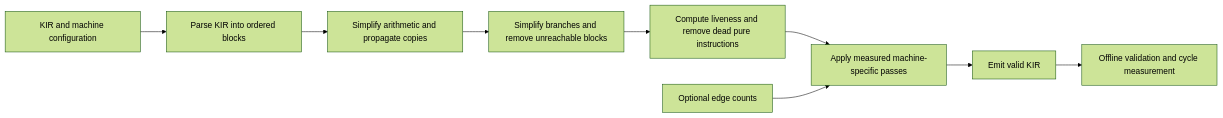
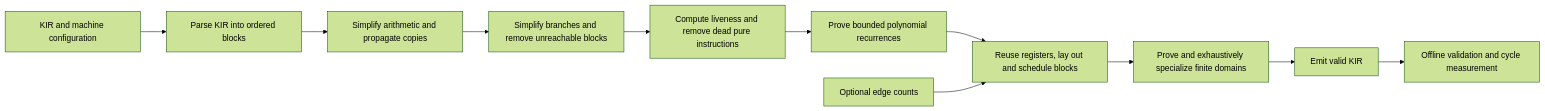
Before and after one commit to oki-dokii/Oxygen-Debt: the diagram in docs/TRD.md, drawn with Mermaid (forest theme). The commit also changed other lines of this file and 20 other files, not shown here.

Commit message:
Prove bounded sums and finite domains, and schedule safe blocks

````diff
--- a/docs/TRD.md
+++ b/docs/TRD.md
@@ -5,11 +5,13 @@
 ```mermaid
 flowchart LR
     A["KIR and machine configuration"] --> B["Parse KIR into ordered blocks"]
     B --> C["Simplify arithmetic and propagate copies"]
     C --> D["Simplify branches and remove unreachable blocks"]
     D --> E["Compute liveness and remove dead pure instructions"]
-    E --> F["Apply measured machine-specific passes"]
+    E --> S["Prove bounded polynomial recurrences"]
+    S --> F["Reuse registers, lay out and schedule blocks"]
     P["Optional edge counts"] --> F
-    F --> G["Emit valid KIR"]
+    F --> Q["Prove and exhaustively specialize finite domains"]
+    Q --> G["Emit valid KIR"]
     G --> H["Offline validation and cycle measurement"]
 ```
````
